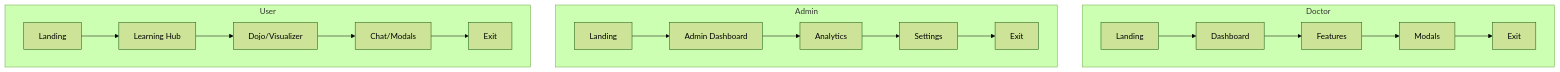
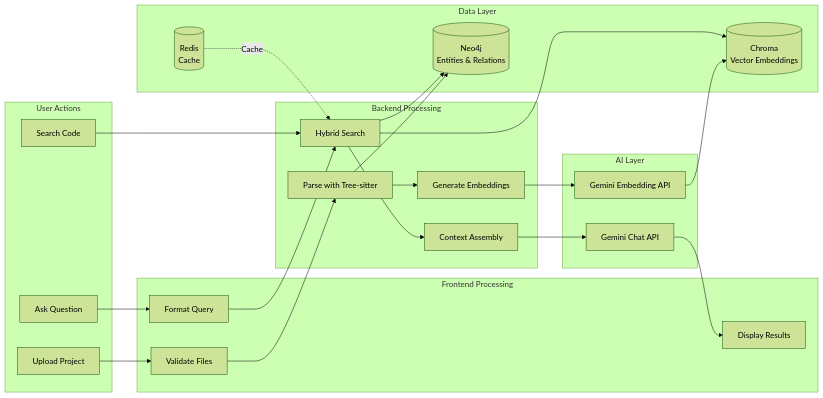
The second of 6 diagrams in README.md (Ishan-K9868/socraticDev-final), drawn with Mermaid (forest theme) before and after one commit. The commit also changed other lines of this file, not shown here.

````diff
--- a/README.md
+++ b/README.md
@@ -211,12 +286,41 @@
 ```mermaid
-flowchart TB
-  subgraph Doctor
-    D1[Landing] --> D2[Dashboard] --> D3[Features] --> D4[Modals] --> D5[Exit]
-  end
-  subgraph Admin
-    A1[Landing] --> A2[Admin Dashboard] --> A3[Analytics] --> A4[Settings] --> A5[Exit]
-  end
-  subgraph User
-    U1[Landing] --> U2[Learning Hub] --> U3[Dojo/Visualizer] --> U4[Chat/Modals] --> U5[Exit]
-  end
+flowchart LR
+    subgraph User["User Actions"]
+        U1[Upload Project]
+        U2[Ask Question]
+        U3[Search Code]
+    end
+
+    subgraph FE["Frontend Processing"]
+        FE1[Validate Files]
+        FE2[Format Query]
+        FE3[Display Results]
+    end
+
+    subgraph BE["Backend Processing"]
+        BE1[Parse with Tree-sitter]
+        BE2[Generate Embeddings]
+        BE3[Hybrid Search]
+        BE4[Context Assembly]
+    end
+
+    subgraph DB["Data Layer"]
+        DB1[(Neo4j<br/>Entities & Relations)]
+        DB2[(Chroma<br/>Vector Embeddings)]
+        DB3[(Redis<br/>Cache)]
+    end
+
+    subgraph AI["AI Layer"]
+        AI1[Gemini Embedding API]
+        AI2[Gemini Chat API]
+    end
+
+    U1 --> FE1 --> BE1 --> DB1
+    BE1 --> BE2 --> AI1 --> DB2
+    U2 --> FE2 --> BE3 --> DB2
+    BE3 --> DB1
+    BE3 --> BE4 --> AI2 --> FE3
+    U3 --> BE3
+    
+    DB3 -.->|Cache| BE3
 ```
````
